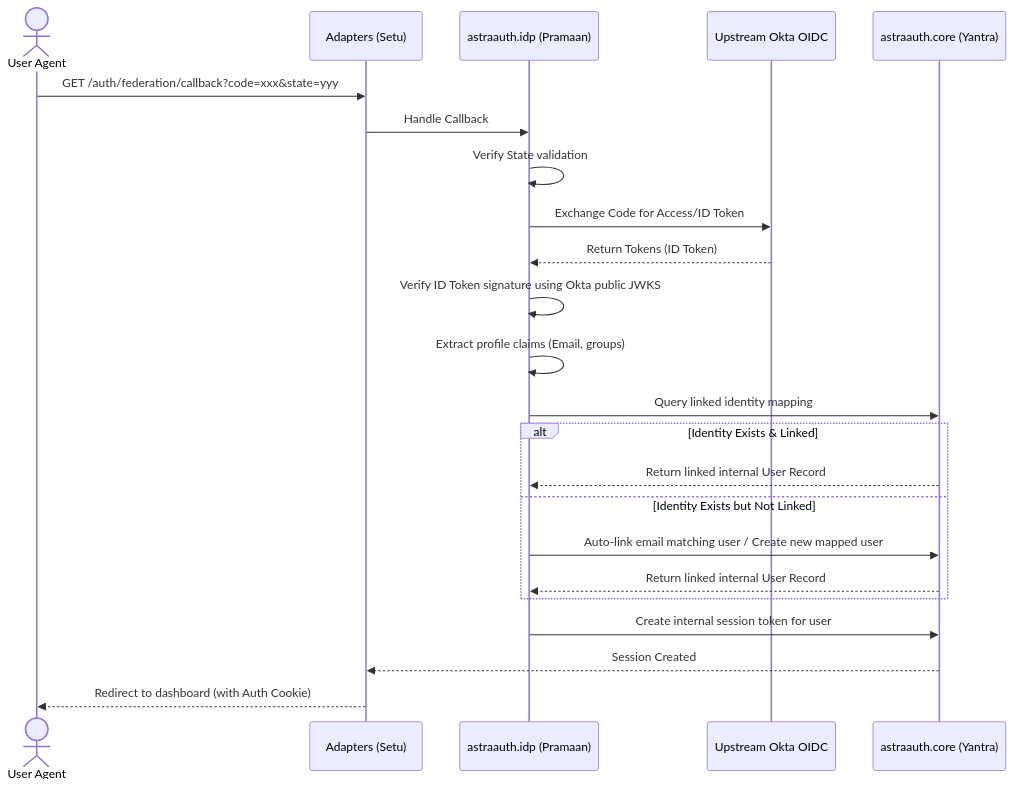
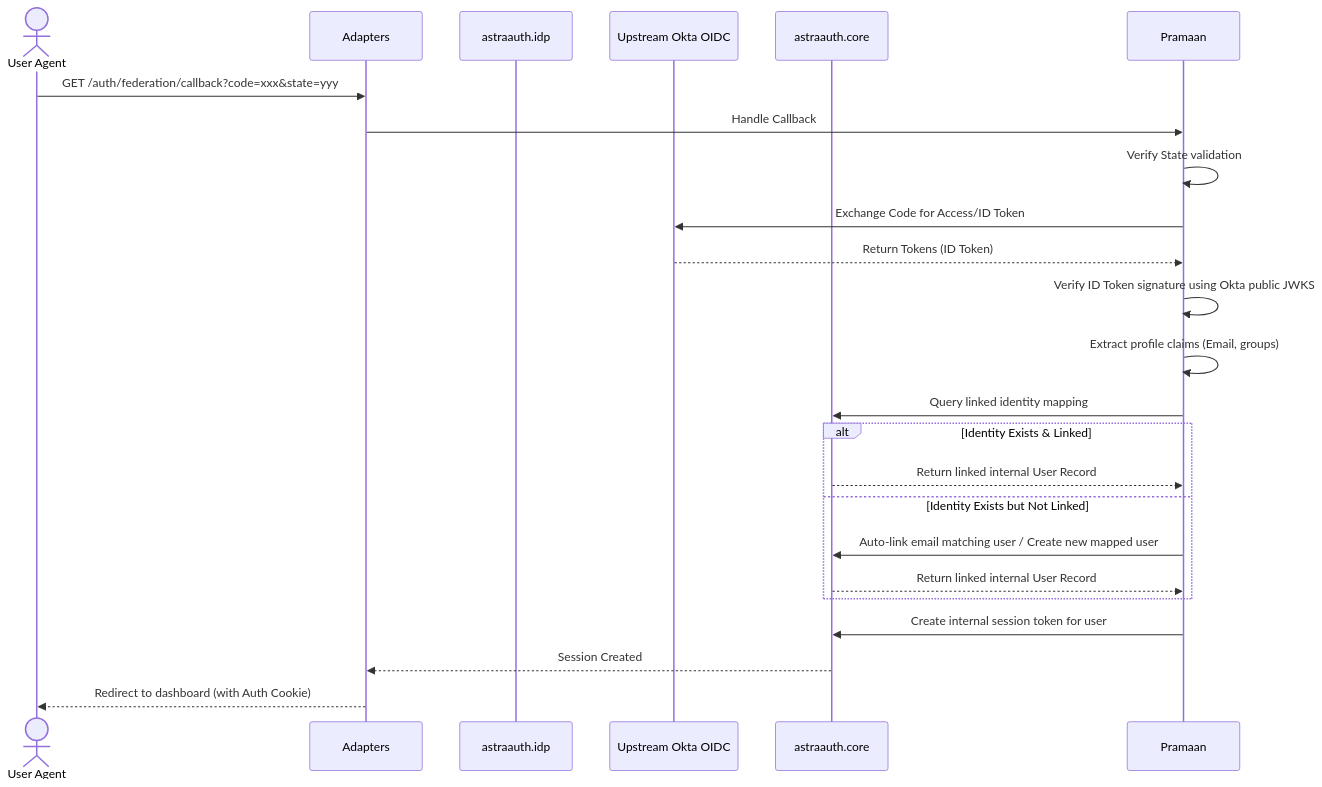
One commit to groverankur/Astra changed the tenth of 17 diagrams in docs/about/package_detailed_references.md. Above: the diagram before and after it, drawn with Mermaid. The commit also changed other lines of this file and 59 other files, not shown here.

````diff
--- a/docs/about/package_detailed_references.md
+++ b/docs/about/package_detailed_references.md
@@ -226,28 +226,28 @@
 ```mermaid
 sequenceDiagram
     actor User as User Agent
-    participant Adapter as Adapters (Setu)
-    participant Pramaan as astraauth.idp (Pramaan)
+    participant Adapter as Adapters
+    participant IDP as astraauth.idp
     participant Okta as Upstream Okta OIDC
-    participant Core as astraauth.core (Yantra)
+    participant Core as astraauth.core
 
     User->>Adapter: GET /auth/federation/callback?code=xxx&state=yyy
     Adapter->>Pramaan: Handle Callback
     Pramaan->>Pramaan: Verify State validation
     Pramaan->>Okta: Exchange Code for Access/ID Token
     Okta-->>Pramaan: Return Tokens (ID Token)
     Pramaan->>Pramaan: Verify ID Token signature using Okta public JWKS
     Pramaan->>Pramaan: Extract profile claims (Email, groups)
     Pramaan->>Core: Query linked identity mapping
     
     alt Identity Exists & Linked
         Core-->>Pramaan: Return linked internal User Record
     else Identity Exists but Not Linked
         Pramaan->>Core: Auto-link email matching user / Create new mapped user
         Core-->>Pramaan: Return linked internal User Record
     end
     
     Pramaan->>Core: Create internal session token for user
     Core-->>Adapter: Session Created
     Adapter-->>User: Redirect to dashboard (with Auth Cookie)
 ```
````
